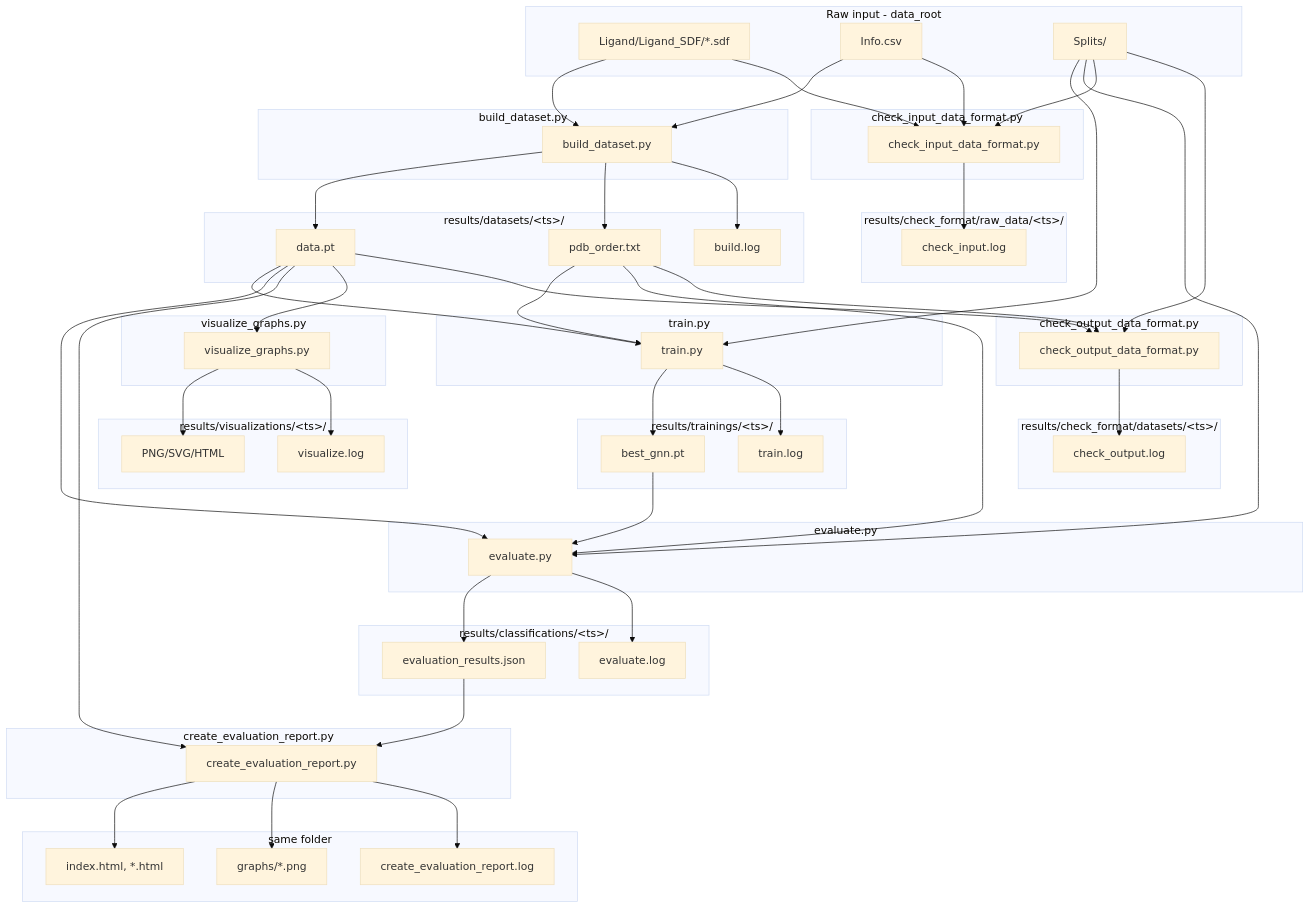
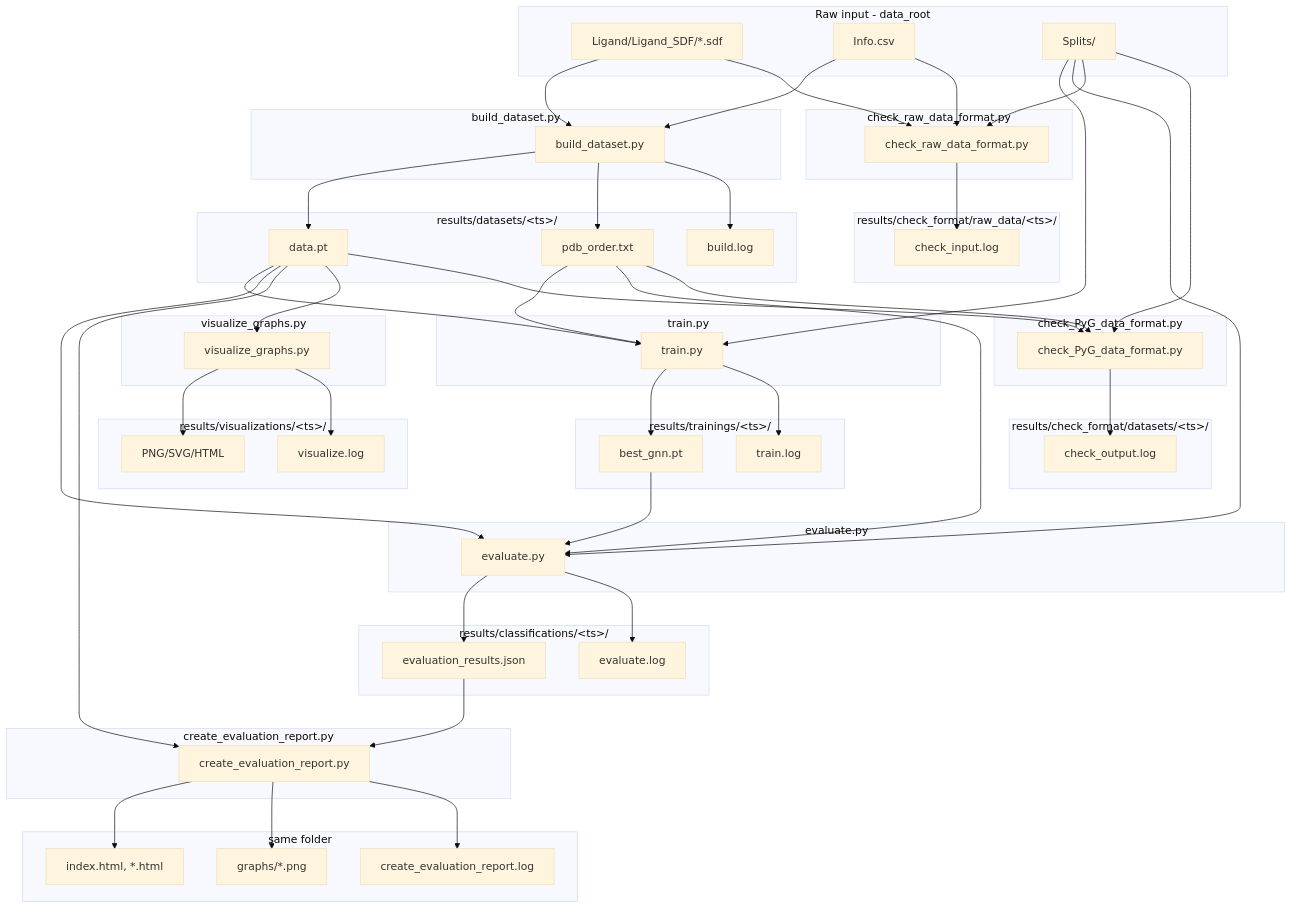
One commit to mananoreboton/gnn_gine_mprov3 changed the first of 2 diagrams in README.md. Above: the diagram before and after it, drawn with Mermaid (base theme). The commit also changed other lines of this file and 3 other files, not shown here.

```diff
--- a/README.md
+++ b/README.md
@@ -63,16 +63,16 @@
         VizLog[visualize.log]
     end
 
-    subgraph check_in [check_input_data_format.py]
-        CheckInCLI[check_input_data_format.py]
+    subgraph check_in [check_raw_data_format.py]
+        CheckInCLI[check_raw_data_format.py]
     end
 
     subgraph out_check_raw [results/check_format/raw_data/&lt;ts&gt;/]
         CheckInLog[check_input.log]
     end
 
-    subgraph check_out [check_output_data_format.py]
-        CheckOutCLI[check_output_data_format.py]
+    subgraph check_out [check_PyG_data_format.py]
+        CheckOutCLI[check_PyG_data_format.py]
     end
 
     subgraph out_check_ds [results/check_format/datasets/&lt;ts&gt;/]
```
